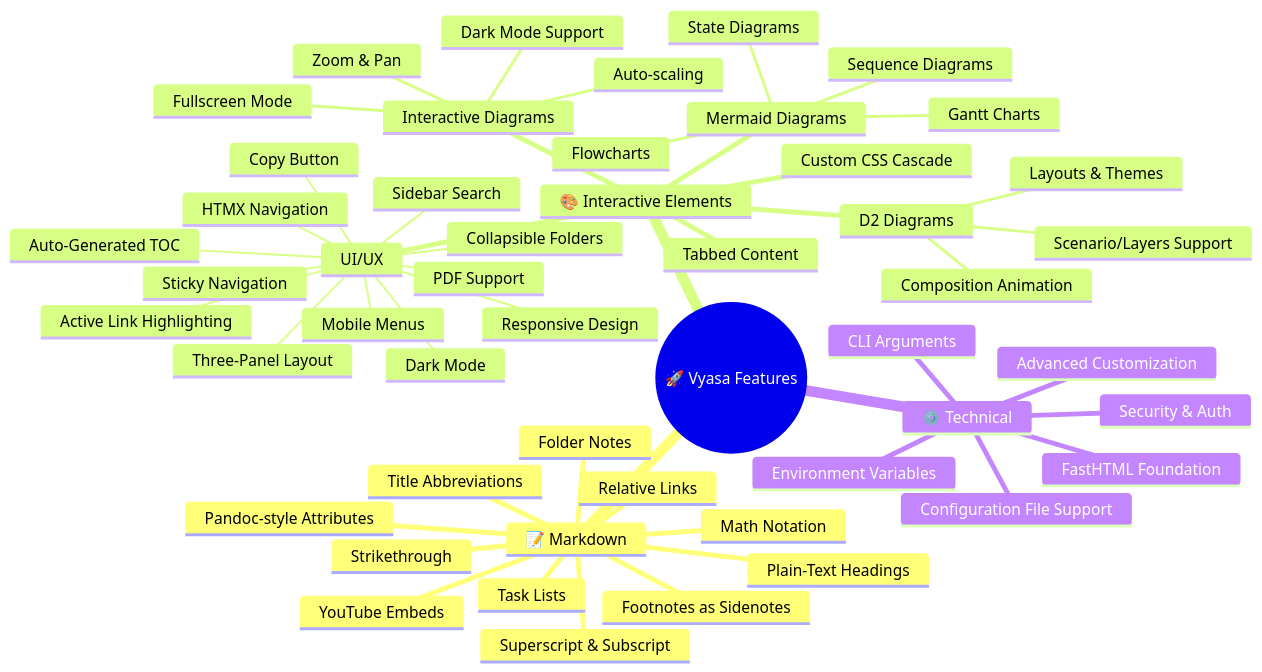
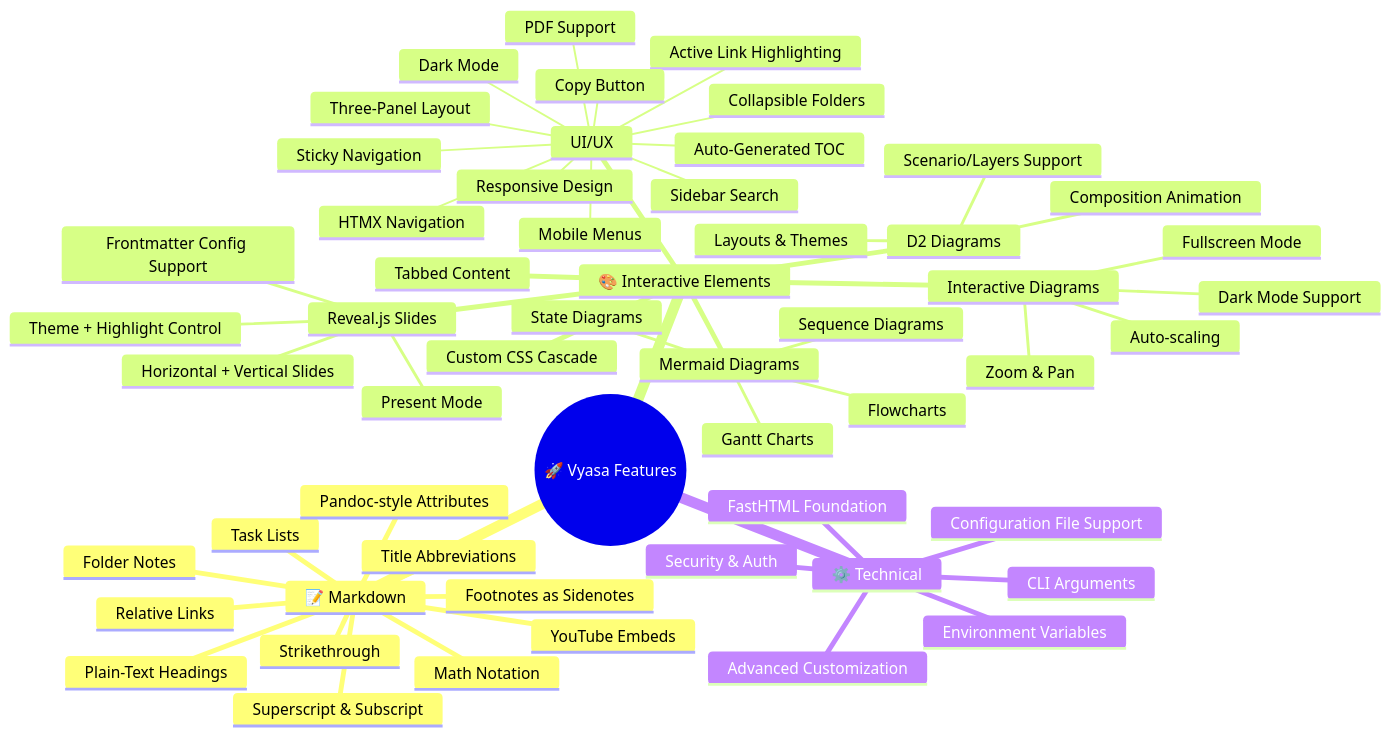
The diagram in README.md (sizhky/vyasa), drawn with Mermaid before and after one commit.

Commit message:
2026-02-20 07:16:49

````diff
--- a/README.md
+++ b/README.md
@@ -50,53 +50,58 @@
 ```mermaid
 mindmap
   root((🚀 Vyasa Features))
     📝 Markdown
       Footnotes as Sidenotes
       YouTube Embeds
       Task Lists
       Math Notation
       Superscript & Subscript
       Strikethrough
       Relative Links
       Plain-Text Headings
       Pandoc-style Attributes
       Title Abbreviations
       Folder Notes
     🎨 Interactive Elements
+      Reveal.js Slides
+        Present Mode
+        Horizontal + Vertical Slides
+        Frontmatter Config Support
+        Theme + Highlight Control
       Mermaid Diagrams
         Flowcharts
         Sequence Diagrams
         State Diagrams
         Gantt Charts
       D2 Diagrams
         Layouts & Themes
         Composition Animation
         Scenario/Layers Support
       Interactive Diagrams
         Zoom & Pan
         Fullscreen Mode
         Dark Mode Support
         Auto-scaling
       Tabbed Content
       Custom CSS Cascade
      UI/UX
       Responsive Design
       Dark Mode
       Three-Panel Layout
       HTMX Navigation
       Collapsible Folders
       Sidebar Search
       Auto-Generated TOC
       Mobile Menus
       Sticky Navigation
       Active Link Highlighting
       PDF Support
       Copy Button
     ⚙️ Technical
       FastHTML Foundation
       Configuration File Support
       CLI Arguments
       Environment Variables
       Security & Auth
       Advanced Customization
 ```
````
